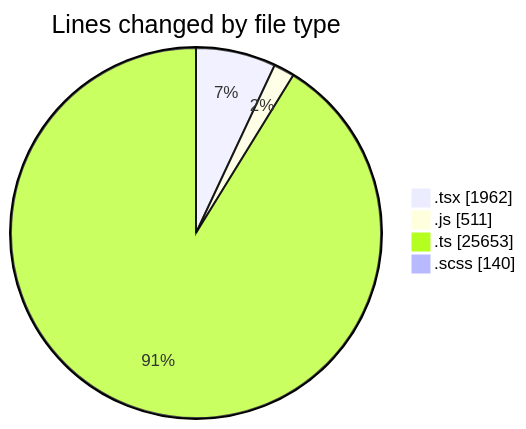
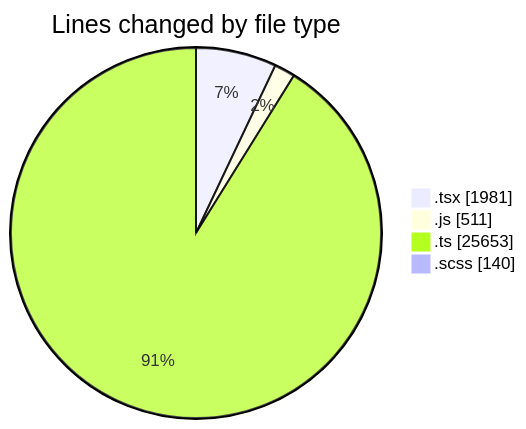
The first of 2 diagrams in 2025-06-30/cda/README.md (momahboobian/code-tracking), drawn with Mermaid before and after one commit. The commit also changed other lines of this file and 1 other file, not shown here.

````diff
--- a/2025-06-30/cda/README.md
+++ b/2025-06-30/cda/README.md
@@ -39,8 +39,8 @@
 ```mermaid
 pie showData
 title Lines changed by file type
-".tsx" : 1962
+".tsx" : 1981
 ".js" : 511
 ".ts" : 25653
 ".scss" : 140
 ```
````
